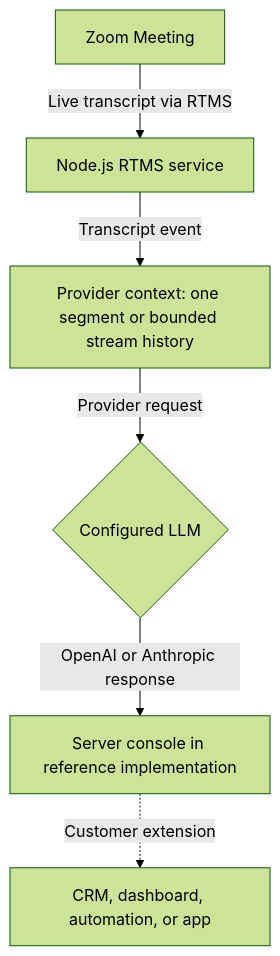
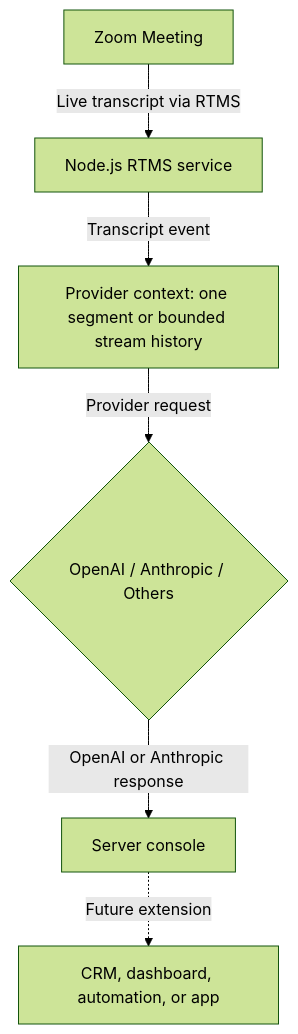
One commit to zoom/blueprints changed the diagram in blueprints/send-transcripts-to-llms/index.md. Above: the diagram before and after it, drawn with Mermaid (forest theme).

Commit message:
Refine transcript LLM architecture diagram

````diff
--- a/blueprints/send-transcripts-to-llms/index.md
+++ b/blueprints/send-transcripts-to-llms/index.md
@@ -76,8 +76,8 @@
 ```mermaid
 flowchart TB
     A[Zoom Meeting] -->|Live transcript via RTMS| B[Node.js RTMS service]
     B -->|Transcript event| C[Provider context: one segment or bounded stream history]
-    C -->|Provider request| D{Configured LLM}
-    D -->|OpenAI or Anthropic response| E[Server console in reference implementation]
-    E -.->|Customer extension| F[CRM, dashboard, automation, or app]
+    C -->|Provider request| D{OpenAI / Anthropic / Others}
+    D -->|OpenAI or Anthropic response| E[Server console]
+    E -.->|Future extension| F[CRM, dashboard, automation, or app]
 ```
````
